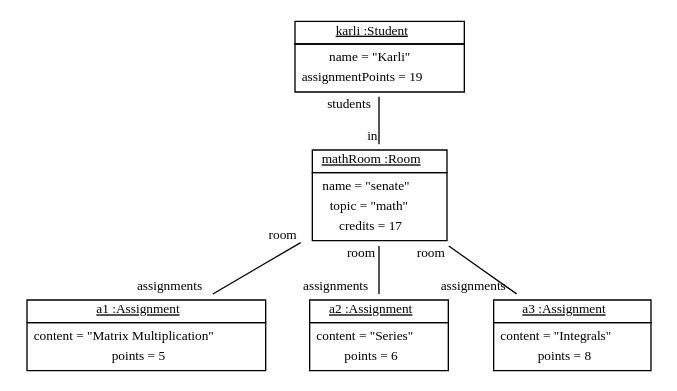
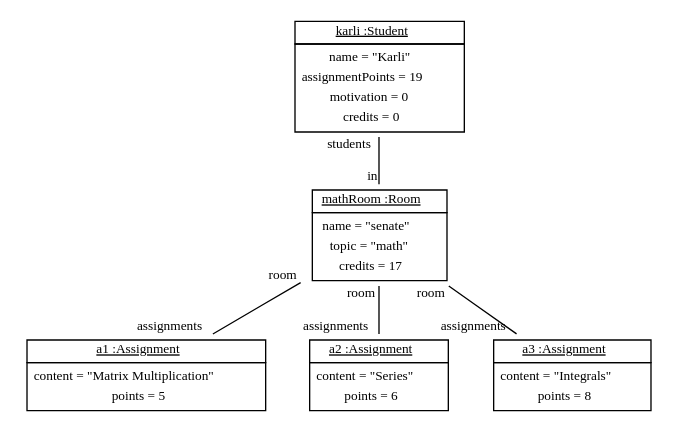
One commit to fujaba/SDMLib changed the diagram in doc/StudyRight with assignments storyboard9.dot. Above: the diagram before and after it, drawn with Graphviz. The commit also changed 13 other files, not shown here.

Commit message:
addObjectDiagram shows credits == 0 for karli, now.

```diff
--- a/doc/StudyRight with assignments storyboard9.dot
+++ b/doc/StudyRight with assignments storyboard9.dot
@@ -1,16 +1,16 @@
 graph ObjectDiagram {
    node [shape = none, fontsize = 10];
    edge [fontsize = 10];
    compound=true;
 
-karli [label=<<table border='0' cellborder='1' cellspacing='0'> <tr> <td> <u>karli :Student</u></td></tr><tr><td><table border='0' cellborder='0' cellspacing='0'><tr><td>name = "Karli"</td></tr><tr><td>assignmentPoints = 19</td></tr></table></td></tr></table>>];
+karli [label=<<table border='0' cellborder='1' cellspacing='0'> <tr> <td> <u>karli :Student</u></td></tr><tr><td><table border='0' cellborder='0' cellspacing='0'><tr><td>name = "Karli"</td></tr><tr><td>assignmentPoints = 19</td></tr><tr><td>motivation = 0</td></tr><tr><td>credits = 0</td></tr></table></td></tr></table>>];
 mathRoom [label=<<table border='0' cellborder='1' cellspacing='0'> <tr> <td> <u>mathRoom :Room</u></td></tr><tr><td><table border='0' cellborder='0' cellspacing='0'><tr><td>name = "senate"</td></tr><tr><td>topic = "math"</td></tr><tr><td>credits = 17</td></tr></table></td></tr></table>>];
 a1 [label=<<table border='0' cellborder='1' cellspacing='0'> <tr> <td> <u>a1 :Assignment</u></td></tr><tr><td><table border='0' cellborder='0' cellspacing='0'><tr><td>content = "Matrix Multiplication"</td></tr><tr><td>points = 5</td></tr></table></td></tr></table>>];
 a2 [label=<<table border='0' cellborder='1' cellspacing='0'> <tr> <td> <u>a2 :Assignment</u></td></tr><tr><td><table border='0' cellborder='0' cellspacing='0'><tr><td>content = "Series"</td></tr><tr><td>points = 6</td></tr></table></td></tr></table>>];
 a3 [label=<<table border='0' cellborder='1' cellspacing='0'> <tr> <td> <u>a3 :Assignment</u></td></tr><tr><td><table border='0' cellborder='0' cellspacing='0'><tr><td>content = "Integrals"</td></tr><tr><td>points = 8</td></tr></table></td></tr></table>>];
 
 karli -- mathRoom [headlabel = "in" taillabel = "students"];
 mathRoom -- a1 [headlabel = "assignments" taillabel = "room"];
 mathRoom -- a2 [headlabel = "assignments" taillabel = "room"];
 mathRoom -- a3 [headlabel = "assignments" taillabel = "room"];
 }
```
